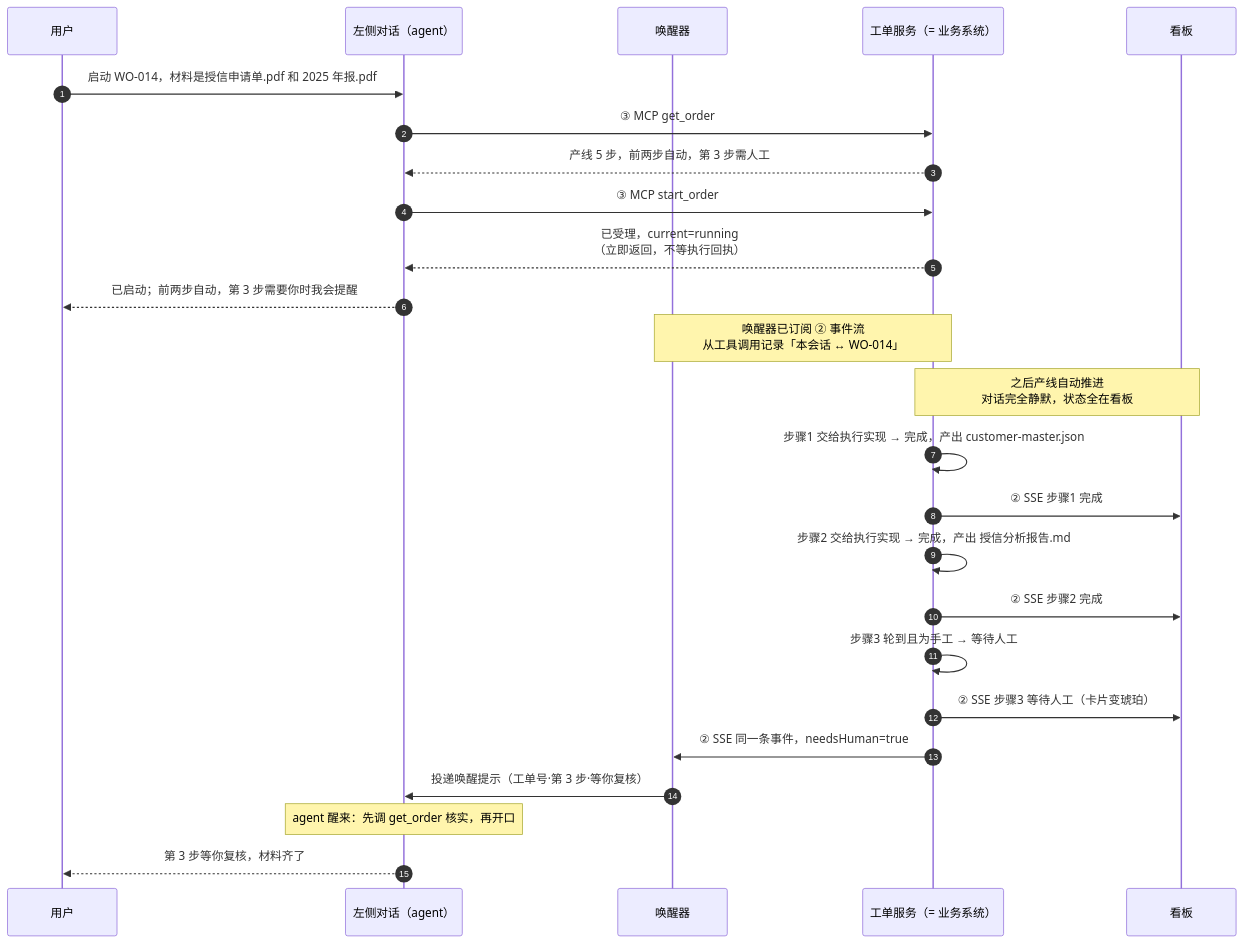
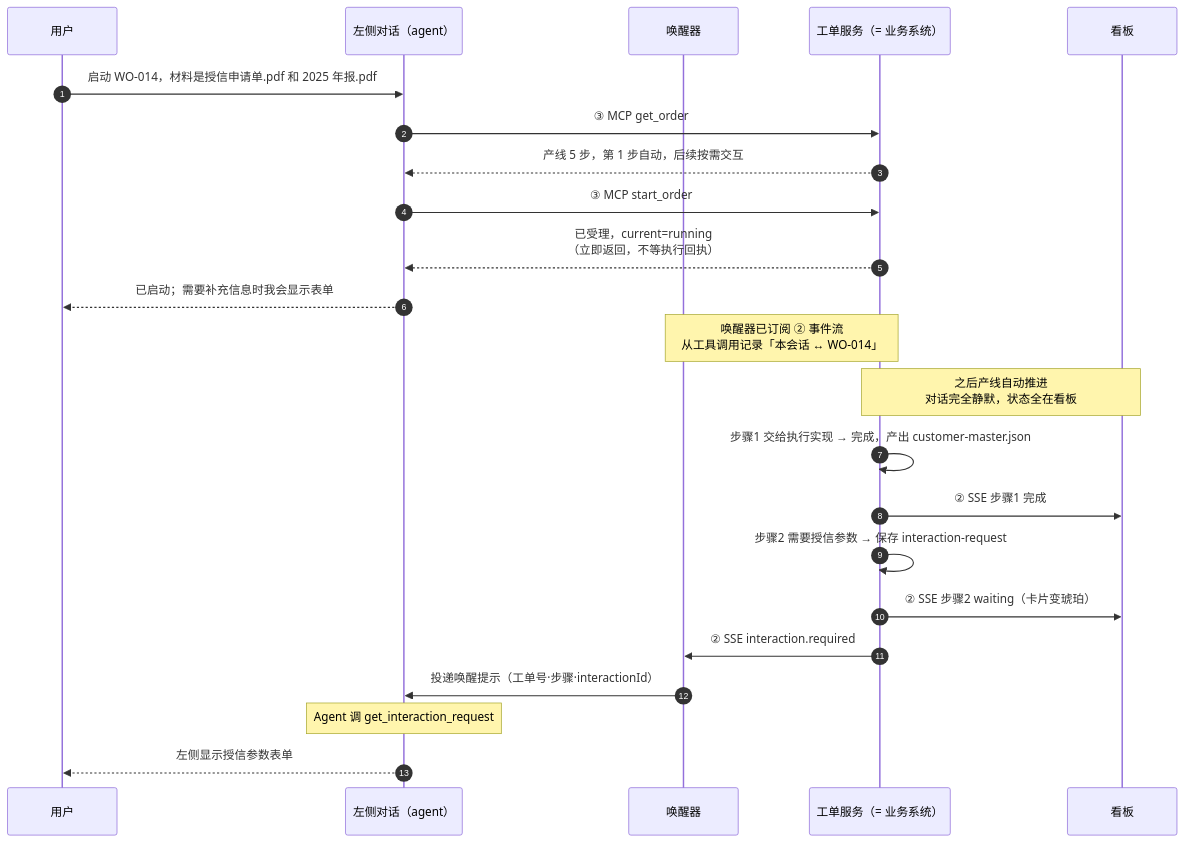
The first of 3 diagrams in business-agent/DESIGN.md (30-5-2023/DSH-Demo), drawn with Mermaid before and after one commit. The commit also changed other lines of this file and 48 other files, not shown here.

Commit message:
feat(business-agent): add dynamic work-order forms

````diff
--- a/business-agent/DESIGN.md
+++ b/business-agent/DESIGN.md
@@ -168,29 +174,27 @@
 ```mermaid
 sequenceDiagram
     autonumber
     participant U as 用户
     participant A as 左侧对话（agent）
     participant W as 唤醒器
     participant S as 工单服务（= 业务系统）
     participant P as 看板
 
     U->>A: 启动 WO-014，材料是授信申请单.pdf 和 2025 年报.pdf
     A->>S: ③ MCP get_order
-    S-->>A: 产线 5 步，前两步自动，第 3 步需人工
+    S-->>A: 产线 5 步，第 1 步自动，后续按需交互
     A->>S: ③ MCP start_order
     S-->>A: 已受理，current=running<br/>（立即返回，不等执行回执）
-    A-->>U: 已启动；前两步自动，第 3 步需要你时我会提醒
+    A-->>U: 已启动；需要补充信息时我会显示表单
     Note over W,S: 唤醒器已订阅 ② 事件流<br/>从工具调用记录「本会话 ↔ WO-014」
 
     Note over S,P: 之后产线自动推进<br/>对话完全静默，状态全在看板
     S->>S: 步骤1 交给执行实现 → 完成，产出 customer-master.json
     S->>P: ② SSE 步骤1 完成
-    S->>S: 步骤2 交给执行实现 → 完成，产出 授信分析报告.md
-    S->>P: ② SSE 步骤2 完成
-    S->>S: 步骤3 轮到且为手工 → 等待人工
-    S->>P: ② SSE 步骤3 等待人工（卡片变琥珀）
-    S->>W: ② SSE 同一条事件，needsHuman=true
-    W->>A: 投递唤醒提示（工单号·第 3 步·等你复核）
-    Note over A: agent 醒来：先调 get_order 核实，再开口
-    A-->>U: 第 3 步等你复核，材料齐了
+    S->>S: 步骤2 需要授信参数 → 保存 interaction-request
+    S->>P: ② SSE 步骤2 waiting（卡片变琥珀）
+    S->>W: ② SSE interaction.required
+    W->>A: 投递唤醒提示（工单号·步骤·interactionId）
+    Note over A: Agent 调 get_interaction_request
+    A-->>U: 左侧显示授信参数表单
 ```
````
